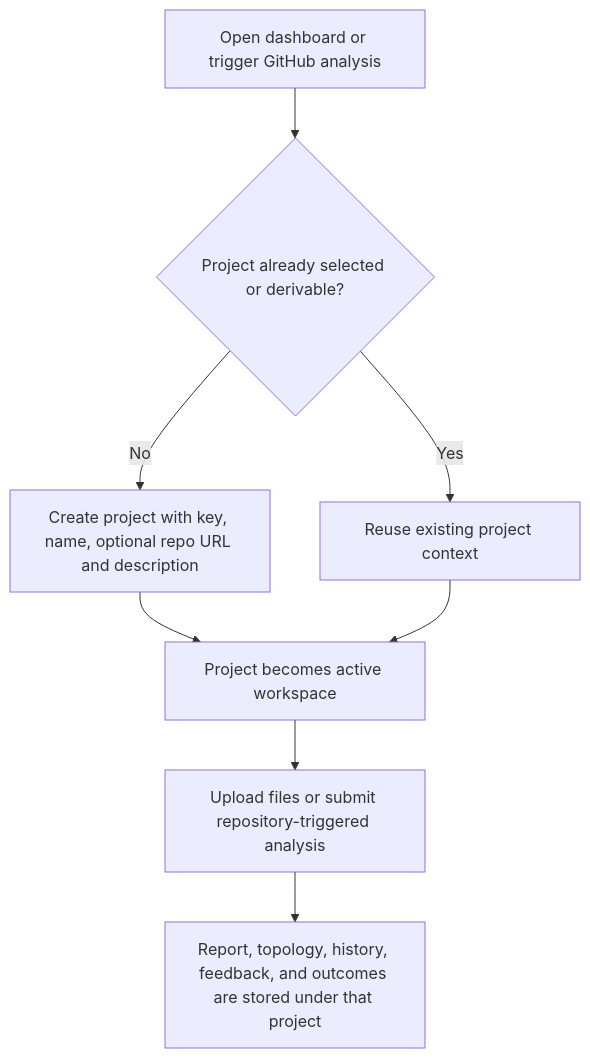
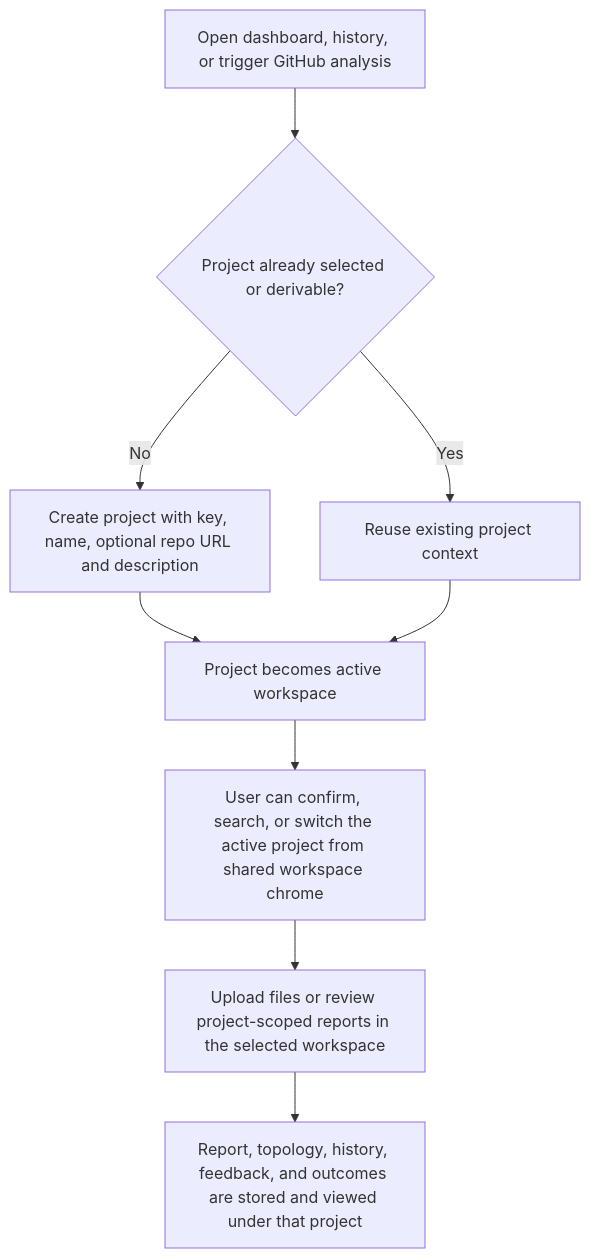
Before and after one commit to deploywhisper/deploywhisper: the fifth of 8 diagrams in _bmad-output/planning-artifacts/ux-design-specification.md, drawn with Mermaid. The commit also changed other lines of this file and 15 other files, not shown here.

First line of the commit message:
Make project switching trustworthy across the workspace

````diff
--- a/_bmad-output/planning-artifacts/ux-design-specification.md
+++ b/_bmad-output/planning-artifacts/ux-design-specification.md
@@ -764,10 +764,11 @@
 ```mermaid
 flowchart TD
-    A[Open dashboard or trigger GitHub analysis] --> B{Project already selected or derivable?}
+    A[Open dashboard, history, or trigger GitHub analysis] --> B{Project already selected or derivable?}
     B -->|No| C[Create project with key, name, optional repo URL and description]
     B -->|Yes| D[Reuse existing project context]
     C --> E[Project becomes active workspace]
     D --> E
-    E --> F[Upload files or submit repository-triggered analysis]
-    F --> G[Report, topology, history, feedback, and outcomes are stored under that project]
+    E --> F[User can confirm, search, or switch the active project from shared workspace chrome]
+    F --> G[Upload files or review project-scoped reports in the selected workspace]
+    G --> H[Report, topology, history, feedback, and outcomes are stored and viewed under that project]
 ```
````
